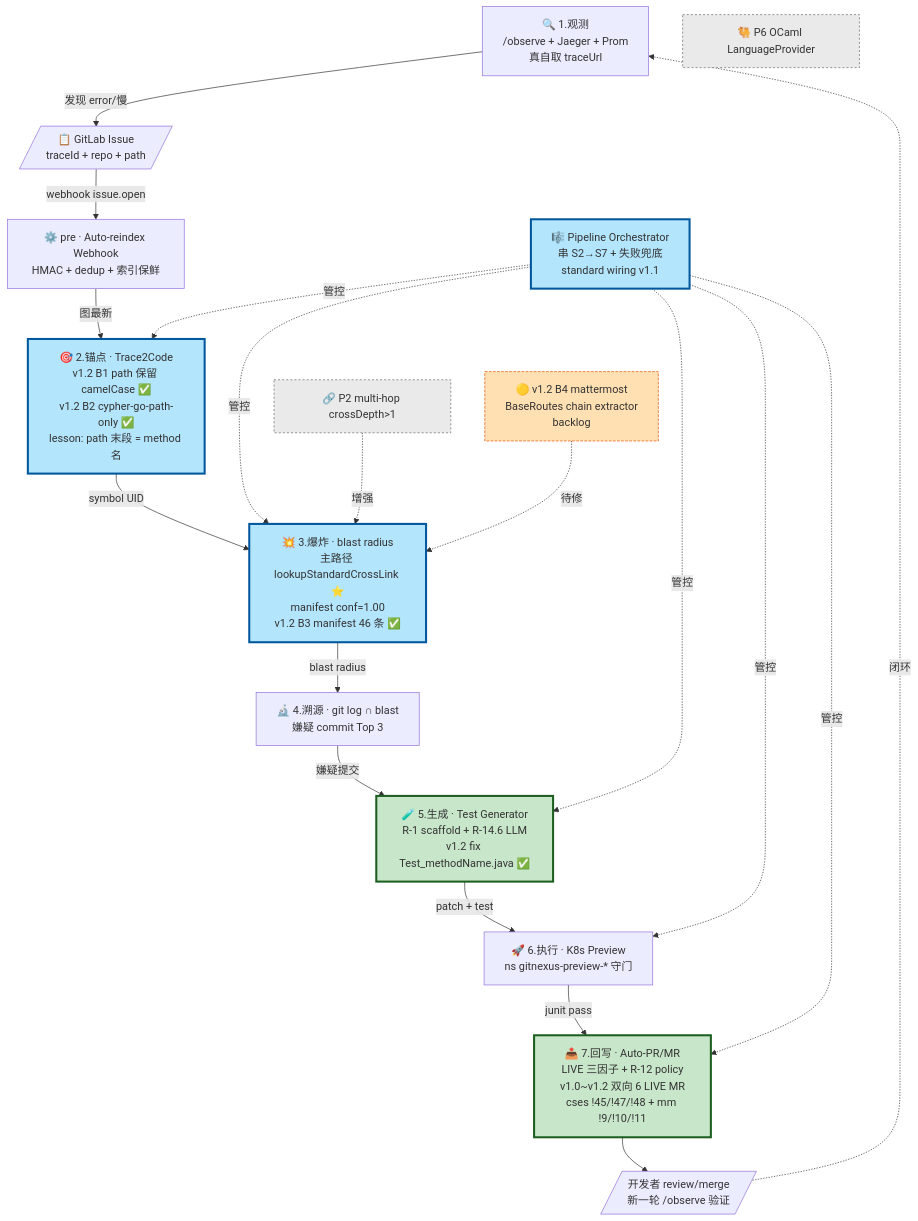
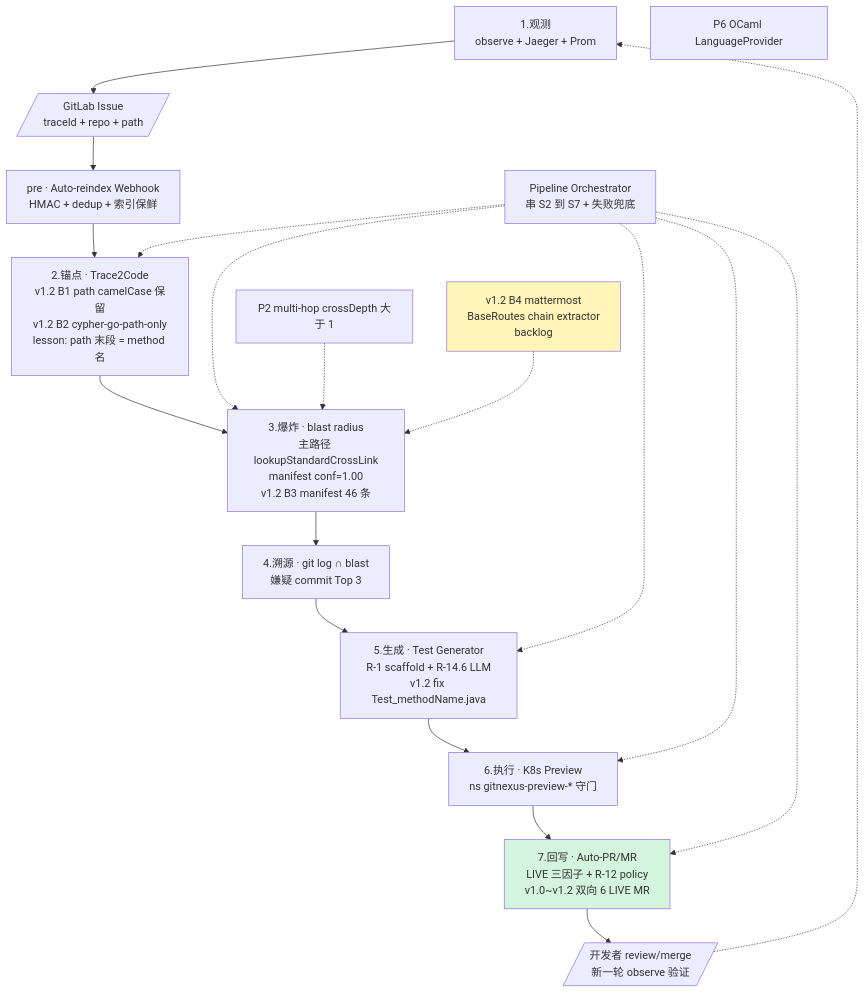
One commit to zxs1633079383/GitNexus changed the diagram in docs/learn/diagrams/16-agentic-devops-7-stage-loop.mmd. Above: the diagram before and after it, drawn with Mermaid. The commit also changed 3 other files, not shown here.

First line of the commit message:
style(diagrams): 4 mmd 大幅简化 — 跟 17.lbug-diff.mmd 极简风对齐

```diff
--- a/docs/learn/diagrams/16-agentic-devops-7-stage-loop.mmd
+++ b/docs/learn/diagrams/16-agentic-devops-7-stage-loop.mmd
@@ -1,48 +1,42 @@
 %% Agentic DevOps 7 阶段闭环 — 团队自建版 GitNexus 企业版
 %% 配套：路线图 v2.1 §11+§12 / session §24+§25
 %% 细粒度：19 单仓 / 20 跨仓 / 21 全局视野
 
 flowchart TB
-    OBS[🔍 1.观测<br/>/observe + Jaeger + Prom<br/>真自取 traceUrl]
-    ISSUE[/📋 GitLab Issue<br/>traceId + repo + path/]
-    PRE[⚙️ pre · Auto-reindex Webhook<br/>HMAC + dedup + 索引保鲜]
-    S2[🎯 2.锚点 · Trace2Code<br/>v1.2 B1 path 保留 camelCase ✅<br/>v1.2 B2 cypher-go-path-only ✅<br/>lesson: path 末段 = method 名]
-    S3[💥 3.爆炸 · blast radius<br/>主路径 lookupStandardCrossLink ⭐<br/>manifest conf=1.00<br/>v1.2 B3 manifest 46 条 ✅]
-    S4[🔬 4.溯源 · git log ∩ blast<br/>嫌疑 commit Top 3]
-    S5[🧪 5.生成 · Test Generator<br/>R-1 scaffold + R-14.6 LLM<br/>v1.2 fix Test_methodName.java ✅]
-    S6[🚀 6.执行 · K8s Preview<br/>ns gitnexus-preview-* 守门]
-    S7[📤 7.回写 · Auto-PR/MR<br/>LIVE 三因子 + R-12 policy<br/>v1.0~v1.2 双向 6 LIVE MR<br/>cses !45/!47/!48 + mm !9/!10/!11]
-    LOOP[/开发者 review/merge<br/>新一轮 /observe 验证/]
+    OBS[1.观测<br/>observe + Jaeger + Prom]
+    ISSUE[/GitLab Issue<br/>traceId + repo + path/]
+    PRE[pre · Auto-reindex Webhook<br/>HMAC + dedup + 索引保鲜]
+    S2[2.锚点 · Trace2Code<br/>v1.2 B1 path camelCase 保留<br/>v1.2 B2 cypher-go-path-only<br/>lesson: path 末段 = method 名]
+    S3[3.爆炸 · blast radius<br/>主路径 lookupStandardCrossLink<br/>manifest conf=1.00<br/>v1.2 B3 manifest 46 条]
+    S4[4.溯源 · git log ∩ blast<br/>嫌疑 commit Top 3]
+    S5[5.生成 · Test Generator<br/>R-1 scaffold + R-14.6 LLM<br/>v1.2 fix Test_methodName.java]
+    S6[6.执行 · K8s Preview<br/>ns gitnexus-preview-* 守门]
+    S7[7.回写 · Auto-PR/MR<br/>LIVE 三因子 + R-12 policy<br/>v1.0~v1.2 双向 6 LIVE MR]
+    LOOP[/开发者 review/merge<br/>新一轮 observe 验证/]
 
-    ORCH[🎼 Pipeline Orchestrator<br/>串 S2→S7 + 失败兜底<br/>standard wiring v1.1]
-    P2[🔗 P2 multi-hop crossDepth>1]
-    P6[🐫 P6 OCaml LanguageProvider]
-    B4[🟡 v1.2 B4 mattermost<br/>BaseRoutes chain extractor<br/>backlog]
+    ORCH[Pipeline Orchestrator<br/>串 S2 到 S7 + 失败兜底]
+    P2[P2 multi-hop crossDepth 大于 1]
+    P6[P6 OCaml LanguageProvider]
+    B4[v1.2 B4 mattermost<br/>BaseRoutes chain extractor<br/>backlog]
 
-    OBS -->|发现 error/慢| ISSUE
-    ISSUE -->|webhook issue.open| PRE
-    PRE -->|图最新| S2
-    S2 -->|symbol UID| S3
-    S3 -->|blast radius| S4
-    S4 -->|嫌疑提交| S5
-    S5 -->|patch + test| S6
-    S6 -->|junit pass| S7
+    OBS --> ISSUE
+    ISSUE --> PRE
+    PRE --> S2
+    S2 --> S3
+    S3 --> S4
+    S4 --> S5
+    S5 --> S6
+    S6 --> S7
     S7 --> LOOP
-    LOOP -.闭环.-> OBS
+    LOOP -.-> OBS
 
-    ORCH -.管控.-> S2
-    ORCH -.管控.-> S3
-    ORCH -.管控.-> S5
-    ORCH -.管控.-> S6
-    ORCH -.管控.-> S7
-    P2 -.增强.-> S3
-    B4 -.待修.-> S3
+    ORCH -.-> S2
+    ORCH -.-> S3
+    ORCH -.-> S5
+    ORCH -.-> S6
+    ORCH -.-> S7
+    P2 -.-> S3
+    B4 -.-> S3
 
-    style S2 fill:#b3e5fc,stroke:#01579b,stroke-width:3px
-    style S3 fill:#b3e5fc,stroke:#01579b,stroke-width:3px
-    style S5 fill:#c8e6c9,stroke:#1b5e20,stroke-width:3px
-    style S7 fill:#c8e6c9,stroke:#1b5e20,stroke-width:3px
-    style ORCH fill:#b3e5fc,stroke:#01579b,stroke-width:3px
-    style B4 fill:#ffe0b2,stroke:#e65100,stroke-dasharray: 4 2
-    style P2 fill:#eaeaea,stroke:#666,stroke-dasharray: 3 3
-    style P6 fill:#eaeaea,stroke:#666,stroke-dasharray: 3 3
+    style S7 fill:#d4f4dd
+    style B4 fill:#fff5b8
```
